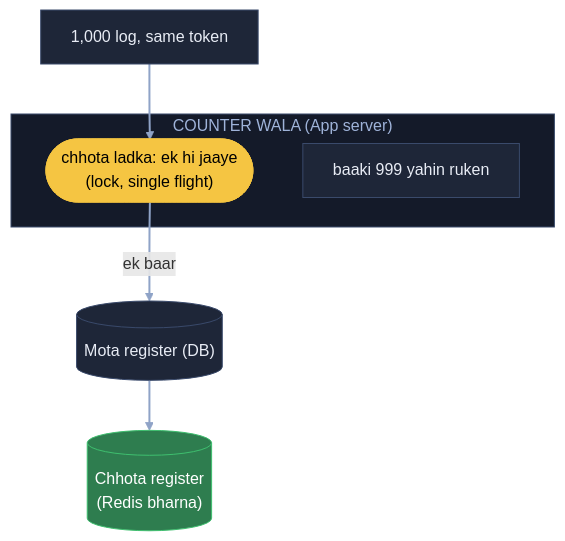
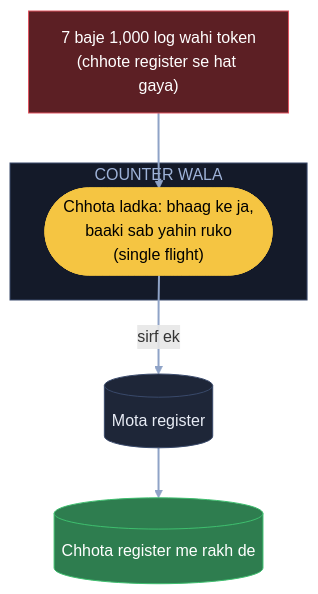
One commit to ArpanMaheshwari144/Prep changed the fifth of 13 diagrams in 04_HLD/SYSTEM_DESIGNS/01_url_shortener/01_url_shortener.md. Above: the diagram before and after it, drawn with Mermaid. The commit also changed other lines of this file, not shown here.

Commit message:
URL: 13 diagram hand notes ke shabdon se (K4 naya), K7 / K12 kahani notes jaisi

````diff
--- a/04_HLD/SYSTEM_DESIGNS/01_url_shortener/01_url_shortener.md
+++ b/04_HLD/SYSTEM_DESIGNS/01_url_shortener/01_url_shortener.md
@@ -125,19 +145,18 @@
 ```mermaid
 flowchart TB
-    L["1,000 log, same token"]:::card
-    subgraph C["COUNTER WALA (App server)"]
-        K(["chhota ladka: ek hi jaaye<br/>(lock, single flight)"]):::pill
-        W["baaki 999 yahin ruken"]:::card
+    U["7 baje 1,000 log wahi token<br/>(chhote register se hat gaya)"]:::bad
+    subgraph CW["COUNTER WALA"]
+        K(["Chhota ladka: bhaag ke ja,<br/>baaki sab yahin ruko<br/>(single flight)"]):::pill
     end
-    D[("Mota register (DB)")]:::card
-    R[("Chhota register<br/>(Redis bharna)")]:::good
-    L --> K
-    K -- "ek baar" --> D
+    D[("Mota register")]:::card
+    R[("Chhota register me rakh de")]:::good
+    U --> K
+    K -- "sirf ek" --> D
     D --> R
     linkStyle default stroke:#8fa3c7,stroke-width:2px
     classDef card fill:#1e2638,stroke:#3a4a6b,color:#e8ecf5
     classDef pill fill:#f5c542,stroke:#f5c542,color:#000
     classDef good fill:#2e7d4f,stroke:#3fbf6f,color:#fff
     classDef bad fill:#5c1f24,stroke:#e05561,color:#fff
-    style C fill:#141a29,stroke:#3a4a6b,color:#9fb3d9
+    style CW fill:#141a29,stroke:#3a4a6b,color:#9fb3d9
 ```
````
